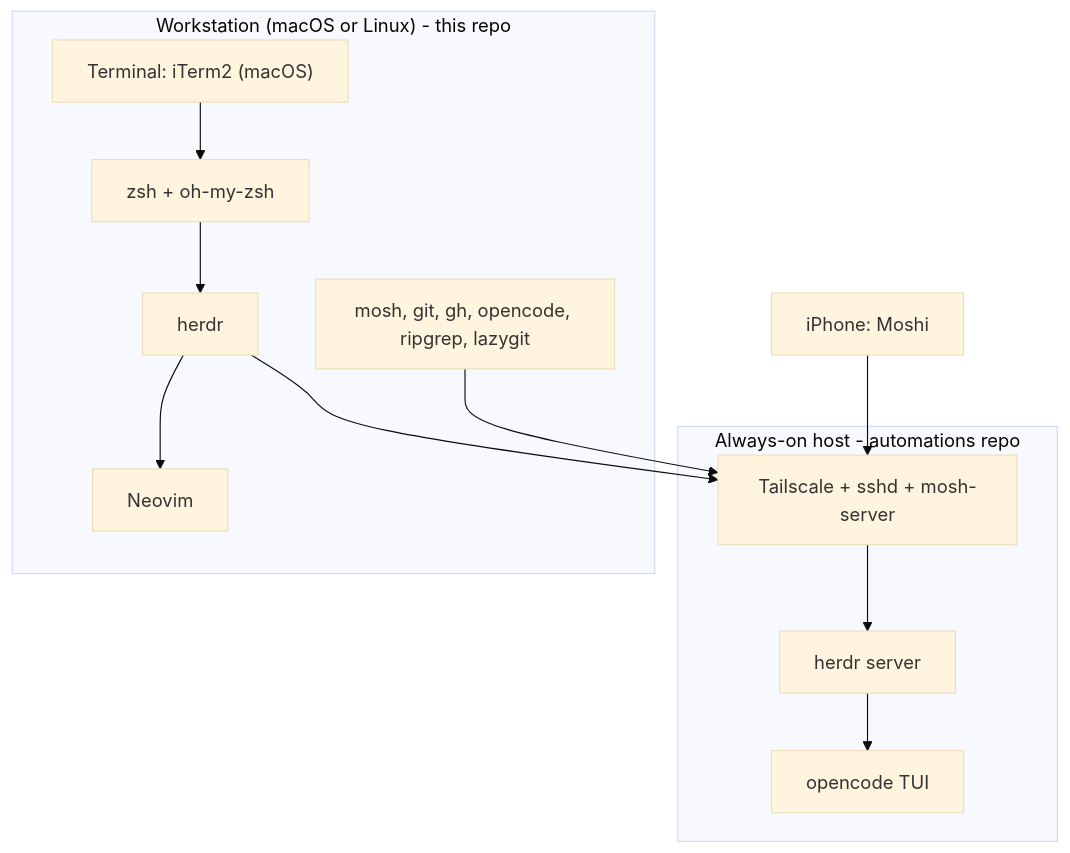
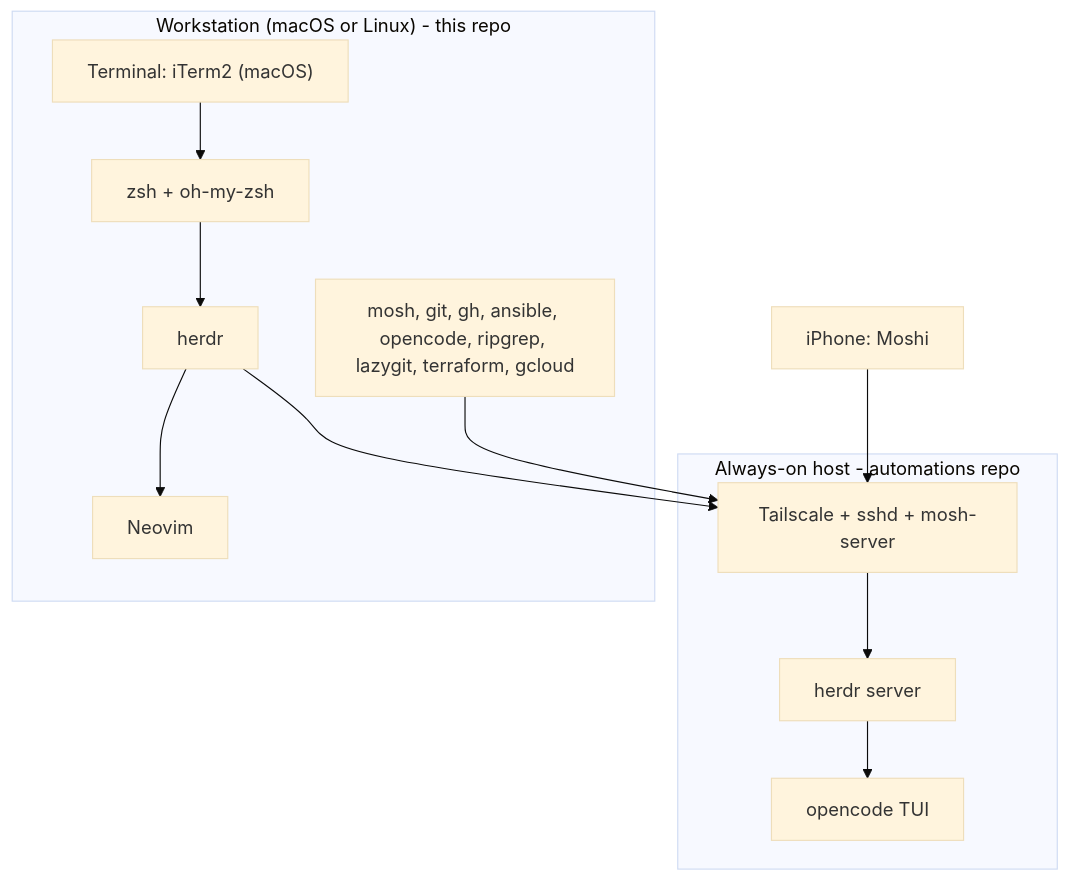
Before and after one commit to jkamenik/tui-ide: the diagram in docs/architecture.md, drawn with Mermaid (base theme). The commit also changed other lines of this file and 3 other files, not shown here.

Commit message:
Add gcloud, terraform, and ansible to the toolchain

````diff
--- a/docs/architecture.md
+++ b/docs/architecture.md
@@ -21,26 +21,26 @@
 ```mermaid
 flowchart TB
     subgraph Workstation["Workstation (macOS or Linux) - this repo"]
         Term["Terminal: iTerm2 (macOS)"]
         Shell["zsh + oh-my-zsh"]
         Mux["herdr"]
         Edit["Neovim"]
-        Tools["mosh, git, gh, opencode, ripgrep, lazygit"]
+        Tools["mosh, git, gh, ansible, opencode, ripgrep, lazygit, terraform, gcloud"]
     end
 
     subgraph Remote["Always-on host - automations repo"]
         TSNet["Tailscale + sshd + mosh-server"]
         Hmux["herdr server"]
         Agent["opencode TUI"]
     end
 
     IOS["iPhone: Moshi"]
 
     Term --> Shell --> Mux
     Mux --> Edit
     Mux --> TSNet
     Tools --> TSNet
     IOS --> TSNet
     TSNet --> Hmux
     Hmux --> Agent
 ```
````
